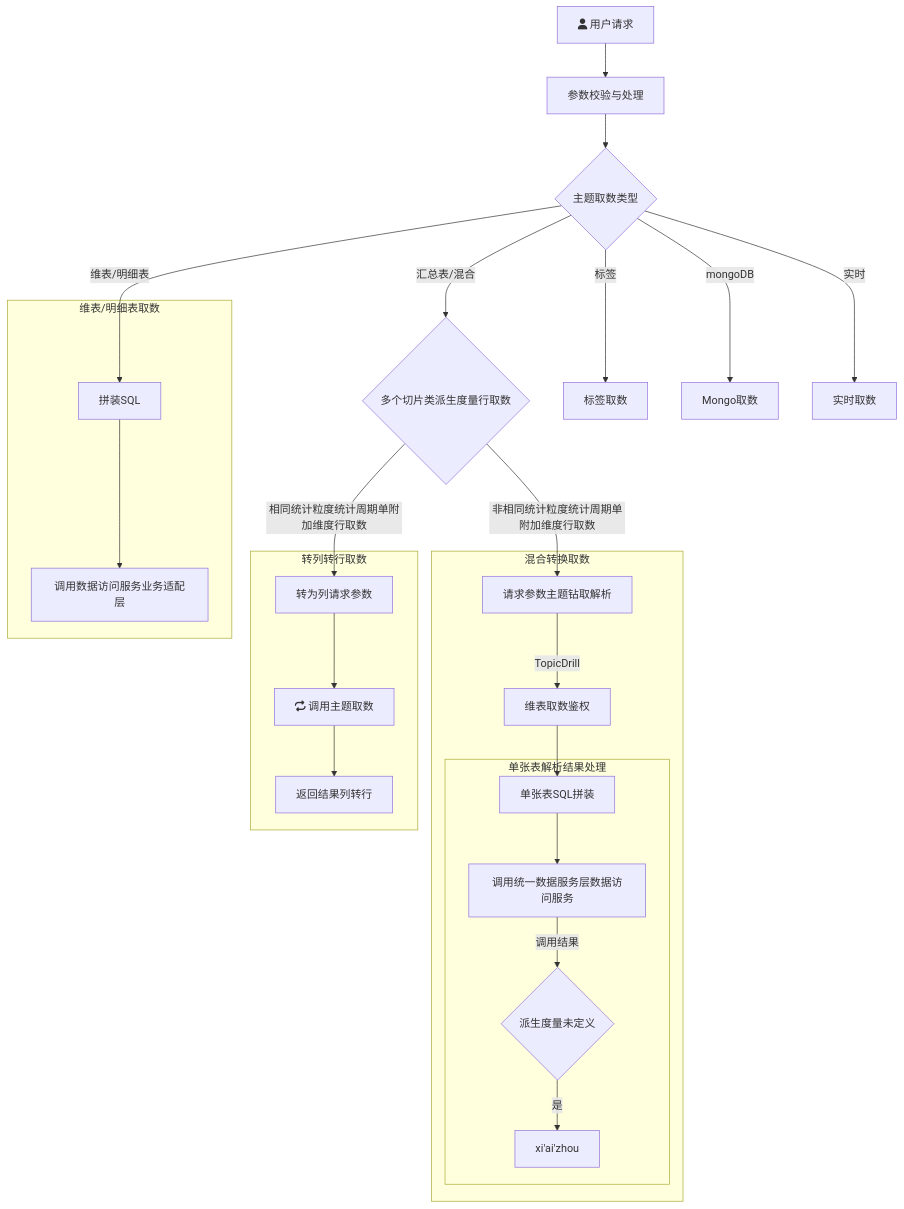
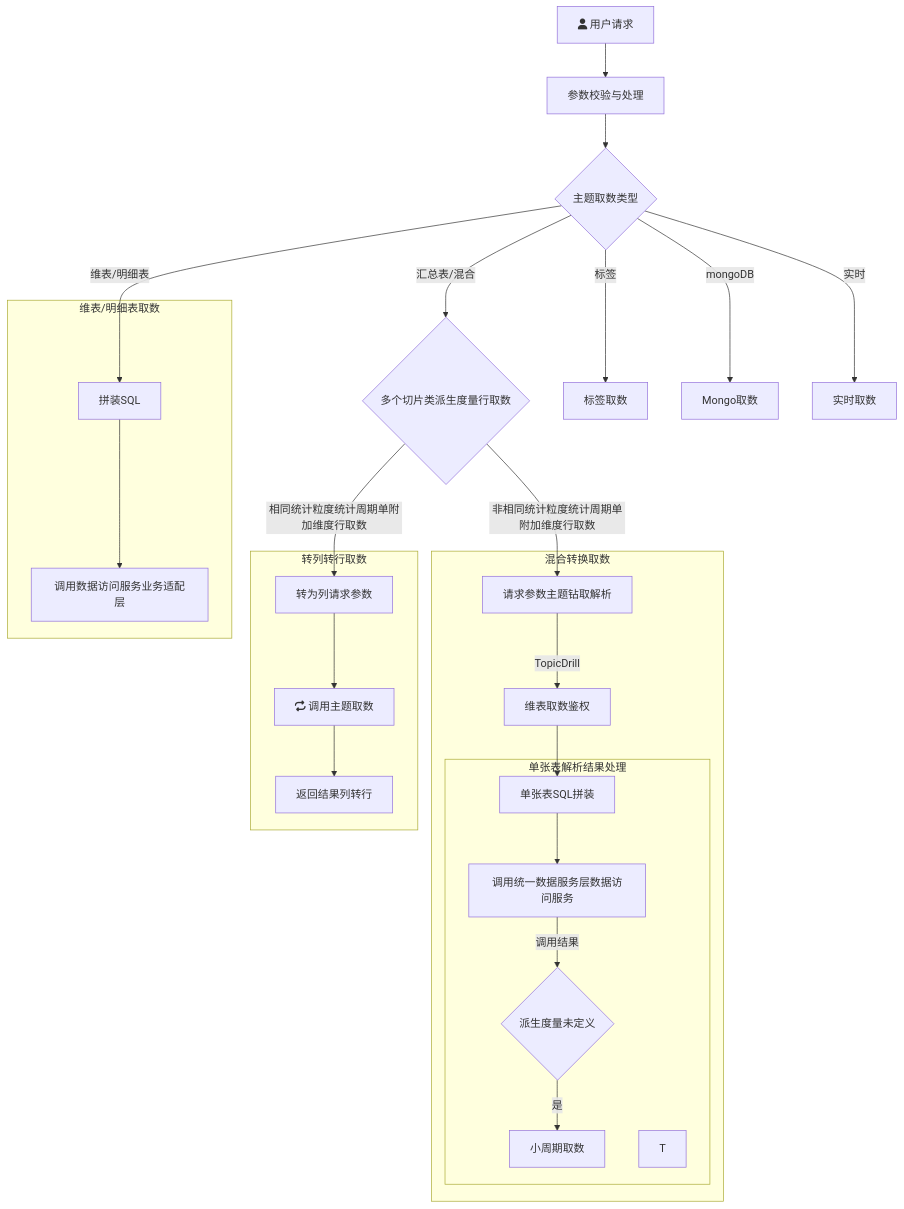
The diagram in all/未命名.md (yanglosm/iodraw-files), drawn with Mermaid before and after one commit.

Commit message:
2024-11-29 19:00:19 update

````diff
--- a/all/未命名.md
+++ b/all/未命名.md
@@ -1,24 +1,25 @@
 ```mermaid
 flowchart TD
     A[fa:fa-user 用户请求] -->A1[参数校验与处理] --> B{主题取数类型}
     B -->|维表/明细表| D[拼装SQL]
     B -->|汇总表/混合| E{多个切片类派生度量行取数}
     B -->|标签| F[标签取数]
     B -->|mongoDB| G[Mongo取数]
     B -->|实时| H[实时取数]
     E -->|相同统计粒度统计周期单附加维度行取数| E1[转为列请求参数]
     E -->|非相同统计粒度统计周期单附加维度行取数| T1[请求参数主题钻取解析]
     subgraph 维表/明细表取数
     D-->D1[调用数据访问服务业务适配层]
     end
     subgraph 转列转行取数
     E1-->E11[fa:fa-repeat 调用主题取数]-->E12[返回结果列转行]
     end
     subgraph 混合转换取数
     T1-->|TopicDrill| T2[维表取数鉴权] --> T31[单张表SQL拼装]
         subgraph 单张表解析结果处理
         T31 --> T32[调用统一数据服务层数据访问服务] --> |调用结果|T33{派生度量未定义}
-        T33 --> |是|T33_1[xi'ai'zhou]
+        T33 --> |是|T33_1[小周期取数]
+        T
         end
     end
 ```
````
